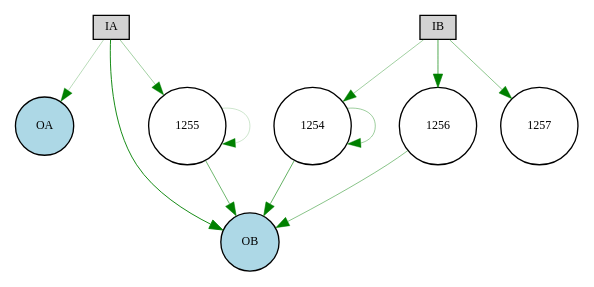
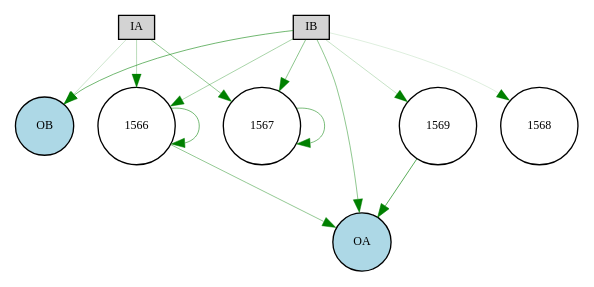
Before and after one commit to danxan/neuromorphic-evolution: the diagram in source/discrete_experiment/Digraph.gv, drawn with Graphviz. The commit also changed 6 other files, not shown here.

```diff
--- a/source/discrete_experiment/Digraph.gv
+++ b/source/discrete_experiment/Digraph.gv
@@ -1,21 +1,22 @@
 digraph {
 	node [fontsize=9 height=0.2 shape=circle width=0.2]
 	IA [fillcolor=lightgray shape=box style=filled]
 	IB [fillcolor=lightgray shape=box style=filled]
 	OA [fillcolor=lightblue style=filled]
 	OB [fillcolor=lightblue style=filled]
-	1254 [fillcolor=white style=filled]
-	1255 [fillcolor=white style=filled]
-	1256 [fillcolor=white style=filled]
-	IA -> 1255 [color=green penwidth=0.27897446278388704 style=solid]
-	IB -> 1254 [color=green penwidth=0.2839791463018482 style=solid]
-	IB -> 1256 [color=green penwidth=0.5122298526161548 style=solid]
-	IB -> 1257 [color=green penwidth=0.3431659599309759 style=solid]
-	1254 -> OB [color=green penwidth=0.46248875246965493 style=solid]
-	1255 -> OB [color=green penwidth=0.431298898624457 style=solid]
-	1256 -> OB [color=green penwidth=0.351116833286675 style=solid]
-	IA -> OA [color=green penwidth=0.2072839194388153 style=solid]
-	IA -> OB [color=green penwidth=0.6806177834547356 style=solid]
-	1254 -> 1254 [color=green penwidth=0.29064864659703493 style=solid]
-	1255 -> 1255 [color=green penwidth=0.1510362422082867 style=solid]
+	1569 [fillcolor=white style=filled]
+	1566 [fillcolor=white style=filled]
+	IA -> 1566 [color=green penwidth=0.21405028229864853 style=solid]
+	IA -> 1567 [color=green penwidth=0.318409643151637 style=solid]
+	IB -> 1566 [color=green penwidth=0.2643848191790431 style=solid]
+	IB -> 1567 [color=green penwidth=0.3416620132379712 style=solid]
+	IB -> 1568 [color=green penwidth=0.103547332904846 style=solid]
+	IB -> 1569 [color=green penwidth=0.1715520878414592 style=solid]
+	1566 -> OA [color=green penwidth=0.31758681000235756 style=solid]
+	1569 -> OA [color=green penwidth=0.49360080471666623 style=solid]
+	IA -> OB [color=green penwidth=0.14660835861807797 style=solid]
+	IB -> OA [color=green penwidth=0.33217776452729875 style=solid]
+	IB -> OB [color=green penwidth=0.41501939905814644 style=solid]
+	1566 -> 1566 [color=green penwidth=0.4142028808653786 style=solid]
+	1567 -> 1567 [color=green penwidth=0.38895946992246544 style=solid]
 }
```
